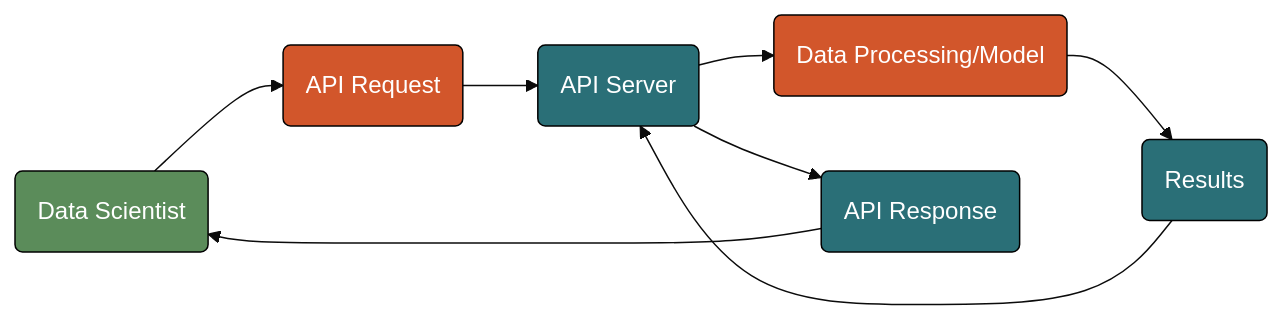
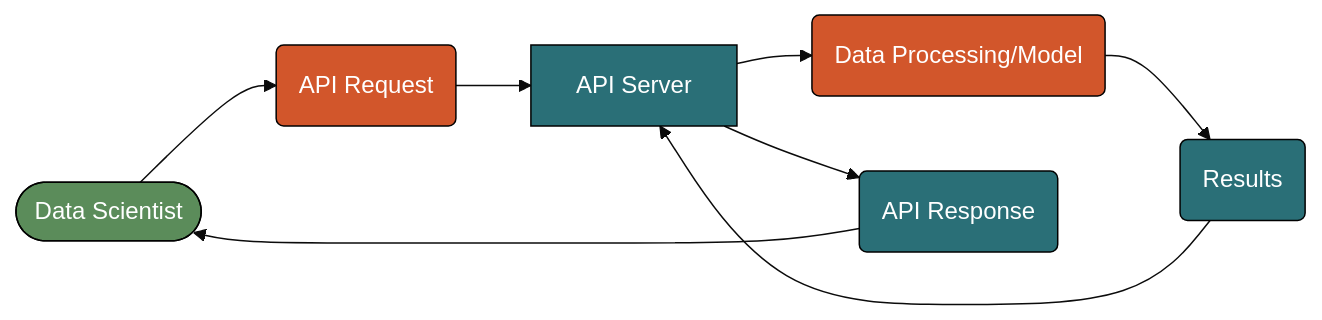
The fourth of 6 diagrams in lab03.qmd (mjfrigaard/do4ds-labs), drawn with Mermaid before and after one commit. The commit also changed other lines of this file and 19 other files, not shown here.

````diff
--- a/lab03.qmd
+++ b/lab03.qmd
@@ -260,22 +260,22 @@
 ```{mermaid}
 %%| fig-cap: 'APIs'
 %%| fig-align: 'center'
 %%{init: {'theme': 'base', 'themeVariables': {'fontFamily': 'monospace'}}}%%
 
 graph LR
-    DS("Data Scientist") --> Req("API Request")
-    Req --> ApiServ("API Server")
+    DS(["Data Scientist"]) --> Req("API Request")
+    Req --> ApiServ["API Server"]
     ApiServ --> DataProcMod("Data Processing/Model")
     DataProcMod --> Res("Results")
     Res --> ApiServ
     ApiServ --> APIResp("API Response")
     APIResp --> DS
     style DS fill:#5B8C5A,stroke:#000000,stroke-width:1px,color:#ffffff
     style Req fill:#D2562B,stroke:#000000,stroke-width:1px,color:#ffffff
     style ApiServ fill:#2A6F77,stroke:#000000,stroke-width:1px,color:#ffffff
     style DataProcMod fill:#D2562B,stroke:#000000,stroke-width:1px,color:#ffffff
     style Res fill:#2A6F77,stroke:#000000,stroke-width:1px,color:#ffffff
     style APIResp fill:#2A6F77,stroke:#000000,stroke-width:1px,color:#ffffff
     
     
 ```
````
